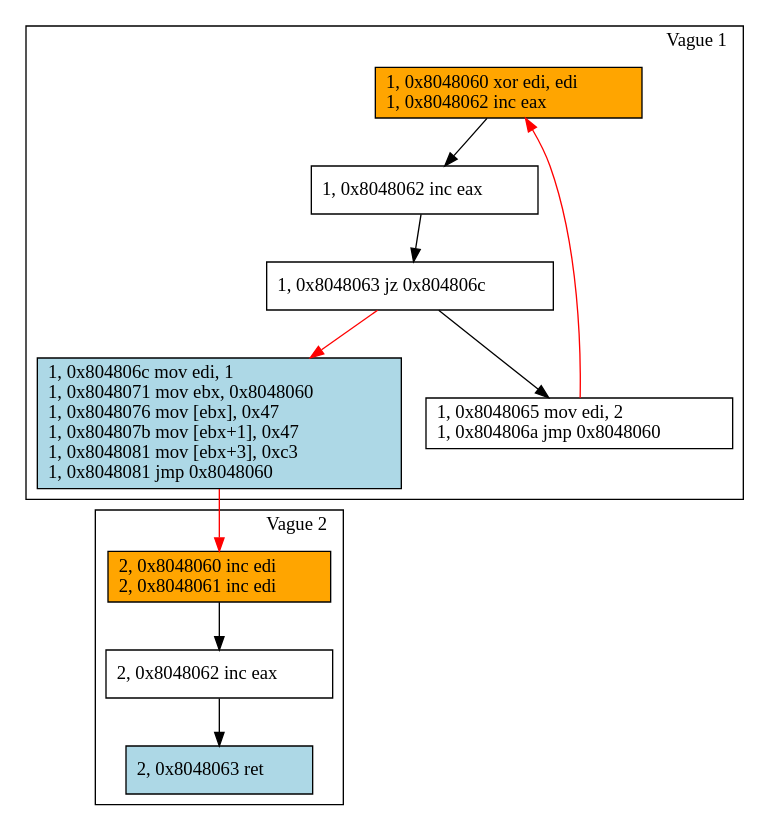
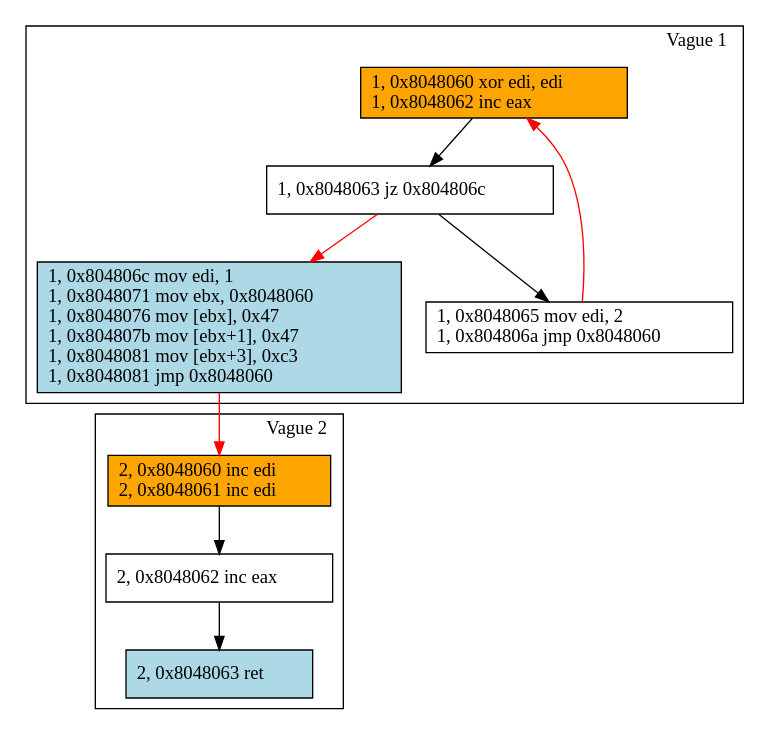
Before and after one commit to yaps8/these: the diagram in supports/disas_sm/ex2_vagues.dot, drawn with Graphviz. The commit also changed 2 other files, not shown here.

```diff
--- a/supports/disas_sm/ex2_vagues.dot
+++ b/supports/disas_sm/ex2_vagues.dot
@@ -1,34 +1,31 @@
 digraph G {
 fontname=cmr10;
 labeljust=r
 "60v1" [labeljust=r,label="1, 0x8048060 xor edi, edi\l1, 0x8048062 inc eax\l", shape=box, style="filled", fillcolor=orange]
 "60v2" [labeljust=r,label="2, 0x8048060 inc edi\l2, 0x8048061 inc edi\l", shape=box, style="filled", fillcolor=orange]
-"62v1" [labeljust=r,label="1, 0x8048062 inc eax\l", shape=box, style="filled", fillcolor=white]
 "62v2" [labeljust=r,label="2, 0x8048062 inc eax\l", shape=box, style="filled", fillcolor=white]
 "63v1" [labeljust=r,label="1, 0x8048063 jz 0x804806c\l", shape=box, style="filled", fillcolor=white]
 "63v2" [labeljust=r,label="2, 0x8048063 ret\l", shape=box, style="filled", fillcolor=lightblue]
 "65" [labeljust=r,label="1, 0x8048065 mov edi, 2\l1, 0x804806a jmp 0x8048060\l", shape=box, style="filled", fillcolor=white]
 "6c" [labeljust=r,label="1, 0x804806c mov edi, 1 \l1, 0x8048071 mov ebx, 0x8048060 \l1, 0x8048076 mov [ebx], 0x47 \l1, 0x804807b mov [ebx+1], 0x47 \l1, 0x8048081 mov [ebx+3], 0xc3 \l1, 0x8048081 jmp 0x8048060\l", shape=box, style="filled", fillcolor=lightblue]
-"60v1" -> "62v1" [color=black]
-"62v1" -> "63v1" [color=black]
+"60v1" -> "63v1" [color=black]
 "63v1" -> "65" [color=black]
 "63v1" -> "6c" [color=red]
 "6c" -> "60v2" [color=red]
 "60v2" -> "62v2" [color=black]
 "62v2" -> "63v2" [color=black]
 "65" -> "60v1" [color=red]
 subgraph clusterv1{
 label="Vague 1"
 "60v1"
-"62v1"
 "63v1" 
 "65"
 "6c" 
 }
 subgraph clusterv2{
 label="Vague 2"
 "60v2"
 "62v2"
 "63v2"
 }
 }
```
